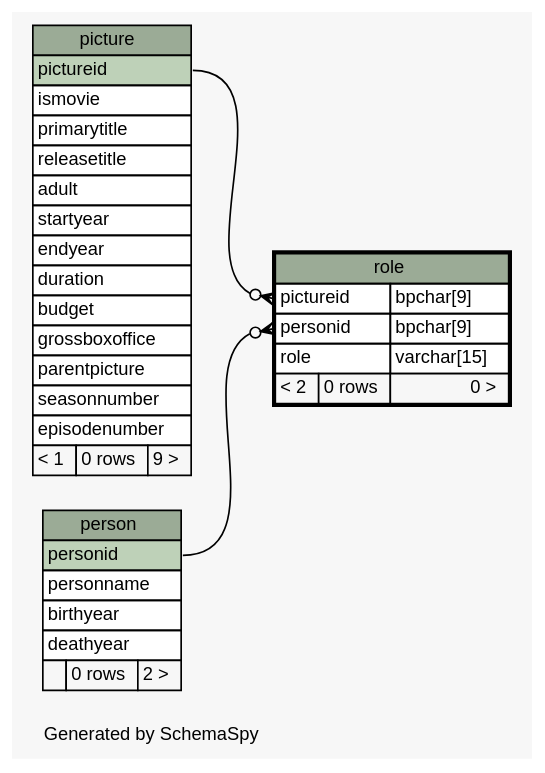
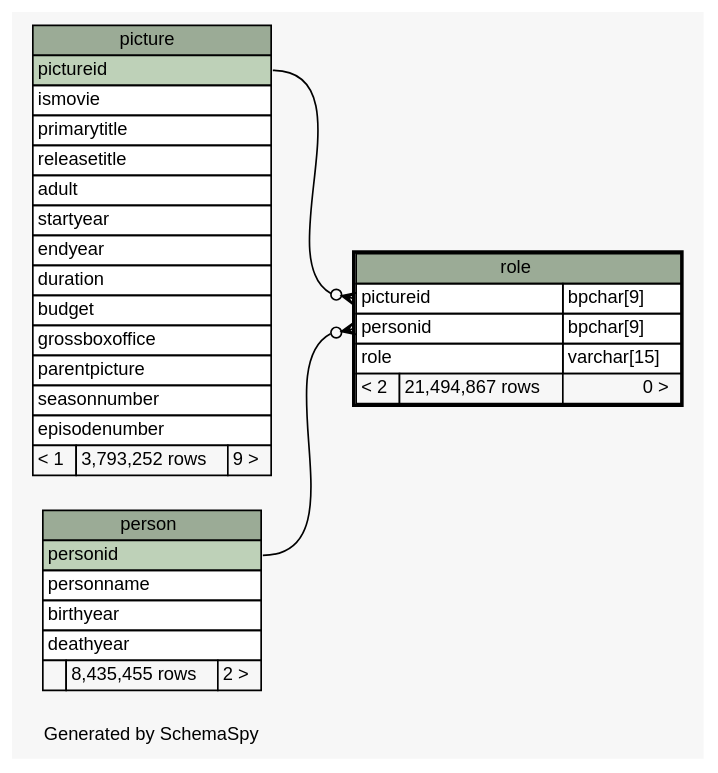
One commit to sipian/CS3563-DBMS changed the diagram in populating-tables/schemaspy/diagrams/role.1degree.dot. Above: the diagram before and after it, drawn with Graphviz. The commit also changed 65 other files, not shown here.

```diff
--- a/populating-tables/schemaspy/diagrams/role.1degree.dot
+++ b/populating-tables/schemaspy/diagrams/role.1degree.dot
@@ -1,71 +1,71 @@
 // dot 2.38.0 on Linux 4.13.0-32-generic
 // SchemaSpy rev 590
 digraph "oneDegreeRelationshipsDiagram" {
   graph [
     rankdir="RL"
     bgcolor="#f7f7f7"
     label="\nGenerated by SchemaSpy"
     labeljust="l"
     nodesep="0.18"
     ranksep="0.46"
     fontname="Helvetica"
     fontsize="11"
   ];
   node [
     fontname="Helvetica"
     fontsize="11"
     shape="plaintext"
   ];
   edge [
     arrowsize="0.8"
   ];
   "role":"personid":w -> "person":"personid":e [arrowhead=none dir=back arrowtail=crowodot];
   "role":"pictureid":w -> "picture":"pictureid":e [arrowhead=none dir=back arrowtail=crowodot];
   "person" [
     label=<
     <TABLE BORDER="0" CELLBORDER="1" CELLSPACING="0" BGCOLOR="#ffffff">
       <TR><TD COLSPAN="3" BGCOLOR="#9bab96" ALIGN="CENTER">person</TD></TR>
       <TR><TD PORT="personid" COLSPAN="3" BGCOLOR="#bed1b8" ALIGN="LEFT">personid</TD></TR>
       <TR><TD PORT="personname" COLSPAN="3" ALIGN="LEFT">personname</TD></TR>
       <TR><TD PORT="birthyear" COLSPAN="3" ALIGN="LEFT">birthyear</TD></TR>
       <TR><TD PORT="deathyear" COLSPAN="3" ALIGN="LEFT">deathyear</TD></TR>
-      <TR><TD ALIGN="LEFT" BGCOLOR="#f7f7f7">  </TD><TD ALIGN="RIGHT" BGCOLOR="#f7f7f7">0 rows</TD><TD ALIGN="RIGHT" BGCOLOR="#f7f7f7">2 &gt;</TD></TR>
+      <TR><TD ALIGN="LEFT" BGCOLOR="#f7f7f7">  </TD><TD ALIGN="RIGHT" BGCOLOR="#f7f7f7">8,435,455 rows</TD><TD ALIGN="RIGHT" BGCOLOR="#f7f7f7">2 &gt;</TD></TR>
     </TABLE>>
     URL="person.html"
     tooltip="person"
   ];
   "picture" [
     label=<
     <TABLE BORDER="0" CELLBORDER="1" CELLSPACING="0" BGCOLOR="#ffffff">
       <TR><TD COLSPAN="3" BGCOLOR="#9bab96" ALIGN="CENTER">picture</TD></TR>
       <TR><TD PORT="pictureid" COLSPAN="3" BGCOLOR="#bed1b8" ALIGN="LEFT">pictureid</TD></TR>
       <TR><TD PORT="ismovie" COLSPAN="3" ALIGN="LEFT">ismovie</TD></TR>
       <TR><TD PORT="primarytitle" COLSPAN="3" ALIGN="LEFT">primarytitle</TD></TR>
       <TR><TD PORT="releasetitle" COLSPAN="3" ALIGN="LEFT">releasetitle</TD></TR>
       <TR><TD PORT="adult" COLSPAN="3" ALIGN="LEFT">adult</TD></TR>
       <TR><TD PORT="startyear" COLSPAN="3" ALIGN="LEFT">startyear</TD></TR>
       <TR><TD PORT="endyear" COLSPAN="3" ALIGN="LEFT">endyear</TD></TR>
       <TR><TD PORT="duration" COLSPAN="3" ALIGN="LEFT">duration</TD></TR>
       <TR><TD PORT="budget" COLSPAN="3" ALIGN="LEFT">budget</TD></TR>
       <TR><TD PORT="grossboxoffice" COLSPAN="3" ALIGN="LEFT">grossboxoffice</TD></TR>
       <TR><TD PORT="parentpicture" COLSPAN="3" ALIGN="LEFT">parentpicture</TD></TR>
       <TR><TD PORT="seasonnumber" COLSPAN="3" ALIGN="LEFT">seasonnumber</TD></TR>
       <TR><TD PORT="episodenumber" COLSPAN="3" ALIGN="LEFT">episodenumber</TD></TR>
-      <TR><TD ALIGN="LEFT" BGCOLOR="#f7f7f7">&lt; 1</TD><TD ALIGN="RIGHT" BGCOLOR="#f7f7f7">0 rows</TD><TD ALIGN="RIGHT" BGCOLOR="#f7f7f7">9 &gt;</TD></TR>
+      <TR><TD ALIGN="LEFT" BGCOLOR="#f7f7f7">&lt; 1</TD><TD ALIGN="RIGHT" BGCOLOR="#f7f7f7">3,793,252 rows</TD><TD ALIGN="RIGHT" BGCOLOR="#f7f7f7">9 &gt;</TD></TR>
     </TABLE>>
     URL="picture.html"
     tooltip="picture"
   ];
   "role" [
     label=<
     <TABLE BORDER="2" CELLBORDER="1" CELLSPACING="0" BGCOLOR="#ffffff">
       <TR><TD COLSPAN="3" BGCOLOR="#9bab96" ALIGN="CENTER">role</TD></TR>
       <TR><TD PORT="pictureid" COLSPAN="2" ALIGN="LEFT">pictureid</TD><TD PORT="pictureid.type" ALIGN="LEFT">bpchar[9]</TD></TR>
       <TR><TD PORT="personid" COLSPAN="2" ALIGN="LEFT">personid</TD><TD PORT="personid.type" ALIGN="LEFT">bpchar[9]</TD></TR>
       <TR><TD PORT="role" COLSPAN="2" ALIGN="LEFT">role</TD><TD PORT="role.type" ALIGN="LEFT">varchar[15]</TD></TR>
-      <TR><TD ALIGN="LEFT" BGCOLOR="#f7f7f7">&lt; 2</TD><TD ALIGN="RIGHT" BGCOLOR="#f7f7f7">0 rows</TD><TD ALIGN="RIGHT" BGCOLOR="#f7f7f7">0 &gt;</TD></TR>
+      <TR><TD ALIGN="LEFT" BGCOLOR="#f7f7f7">&lt; 2</TD><TD ALIGN="RIGHT" BGCOLOR="#f7f7f7">21,494,867 rows</TD><TD ALIGN="RIGHT" BGCOLOR="#f7f7f7">0 &gt;</TD></TR>
     </TABLE>>
     URL="role.html"
     tooltip="role"
   ];
 }
```
